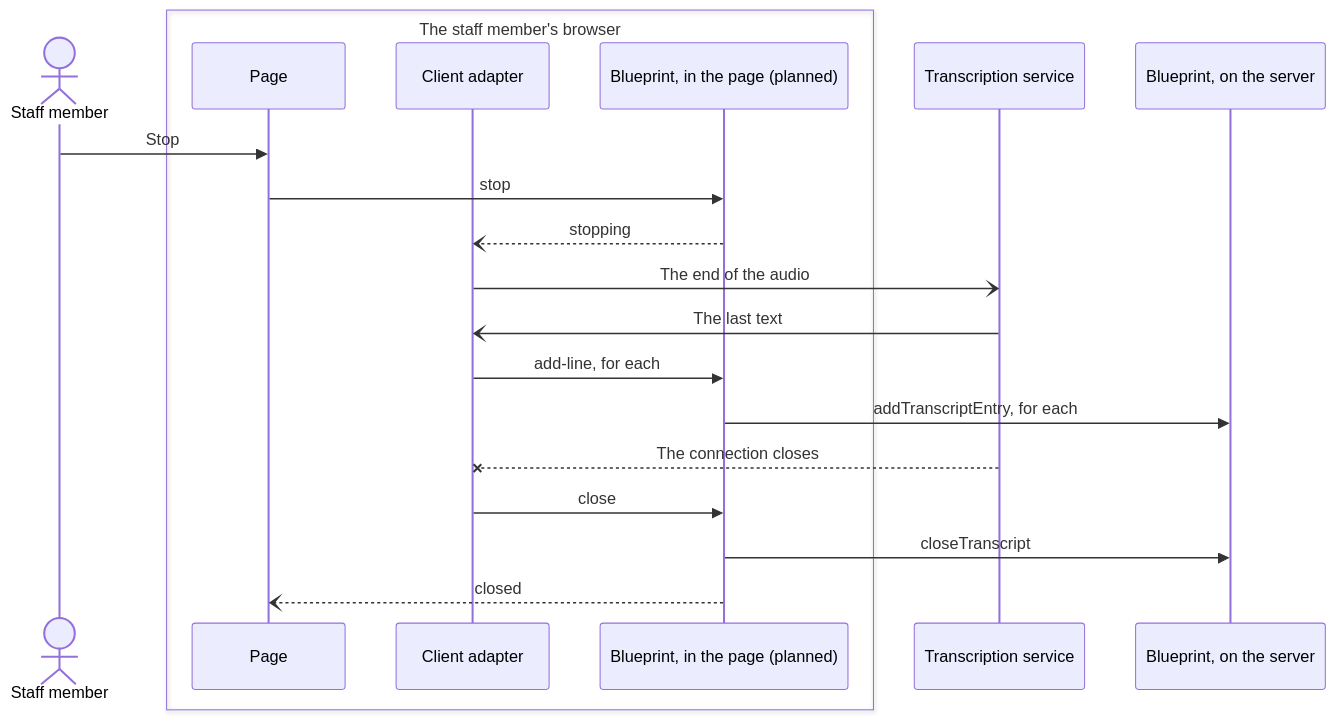
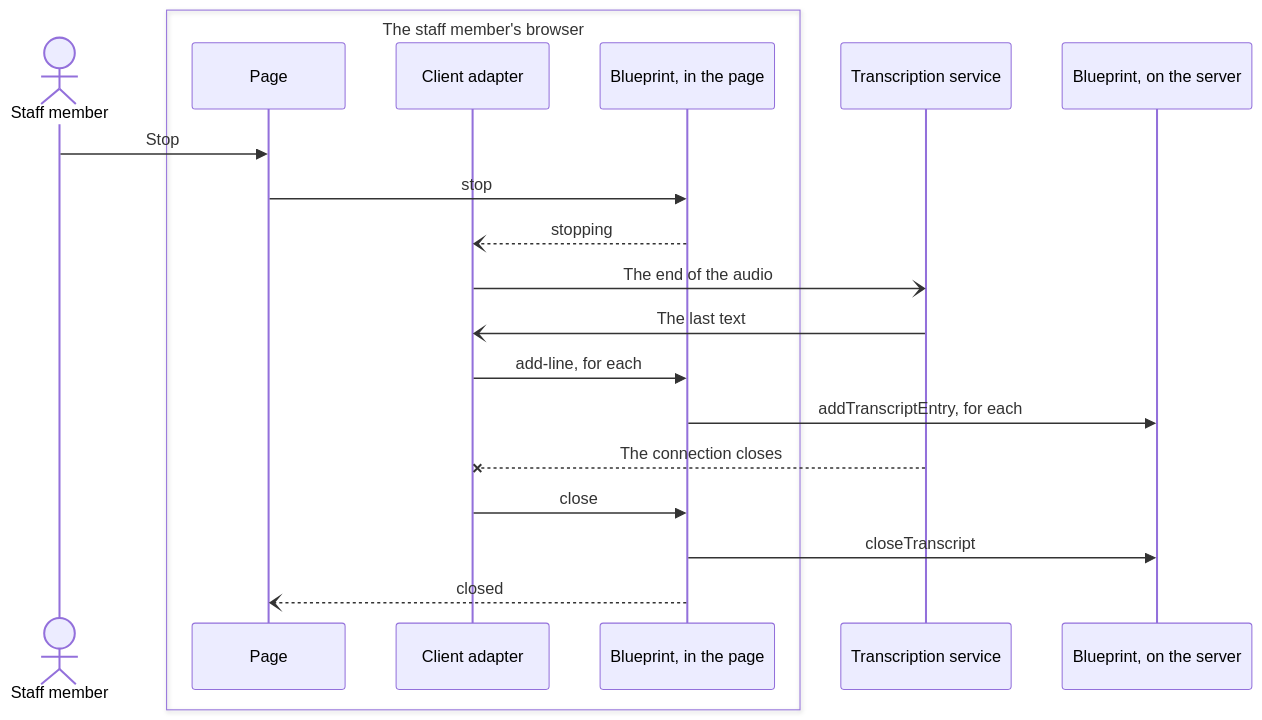
One commit to codeforamerica/safety-net-blueprint changed the sixth of 6 diagrams in docs/architecture/domains/communication.md. Above: the diagram before and after it, drawn with Mermaid. The commit also changed other lines of this file, not shown here.

First line of the commit message:
Document the built session in communication.md

````diff
--- a/docs/architecture/domains/communication.md
+++ b/docs/architecture/domains/communication.md
@@ -278,23 +280,23 @@
 ```mermaid
 sequenceDiagram
     actor Staff as Staff member
     box The staff member's browser
         participant Page
         participant Client as Client adapter
-        participant Session as Blueprint, in the page (planned)
+        participant Session as Blueprint, in the page
     end
     participant Service as Transcription service
     participant Server as Blueprint, on the server
 
     Staff->>Page: Stop
     Page->>Session: stop
     Session--)Client: stopping
     Client-)Service: The end of the audio
     Service-)Client: The last text
     Client->>Session: add-line, for each
     Session->>Server: addTranscriptEntry, for each
     Service--xClient: The connection closes
     Client->>Session: close
     Session->>Server: closeTranscript
     Session--)Page: closed
 ```
````
